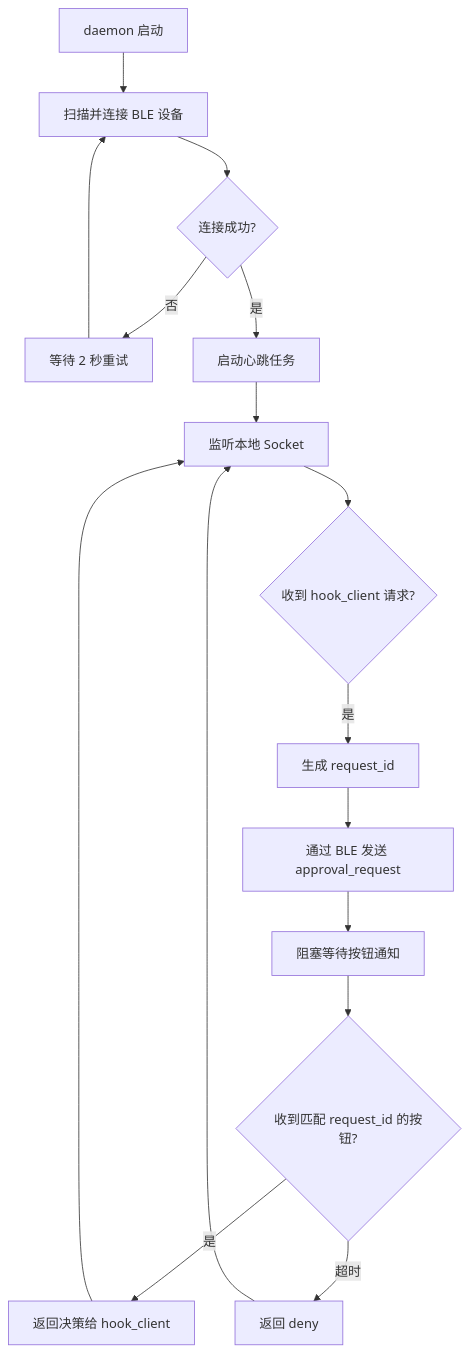
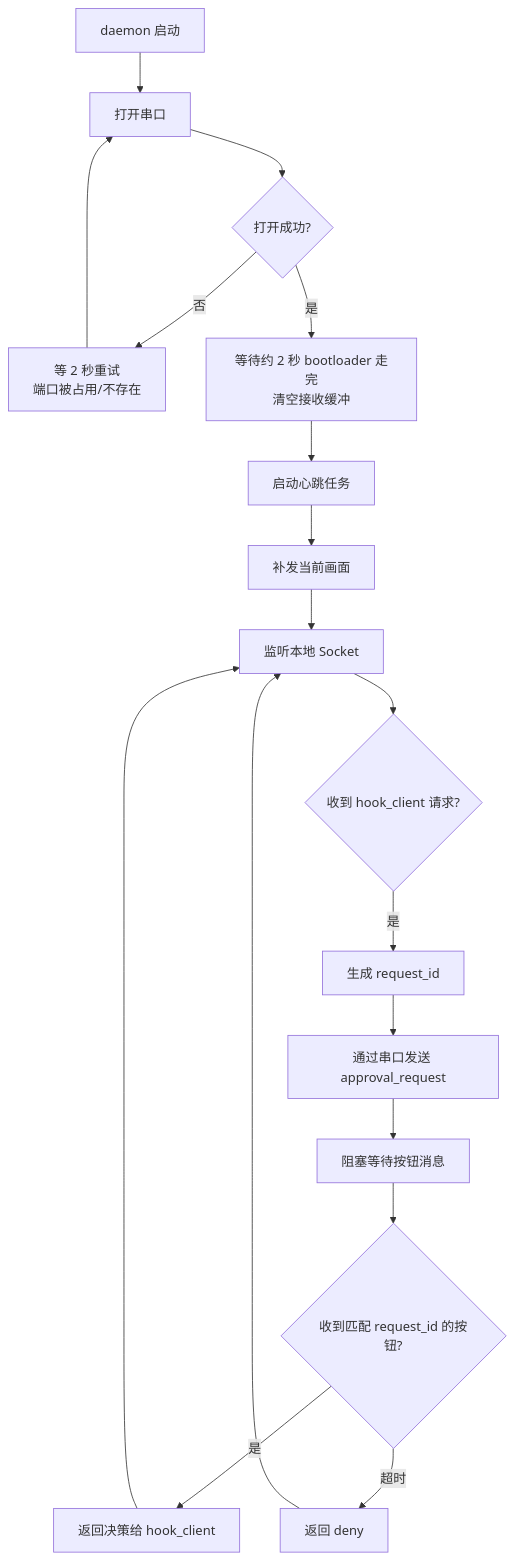
Before and after one commit to zenith8366/myproject: the third of 3 diagrams in vibepet/VibePet —— AI 编程助手物理状态显示与审批终端（USB 有线版）v3.0.md, drawn with Mermaid. The commit also changed other lines of this file and 16 other files, not shown here.

````diff
--- a/vibepet/VibePet —— AI 编程助手物理状态显示与审批终端（USB 有线版）v3.0.md
+++ b/vibepet/VibePet —— AI 编程助手物理状态显示与审批终端（USB 有线版）v3.0.md
@@ -462,18 +514,20 @@
 ```mermaid
 flowchart TD
-    A[daemon 启动] --> B[扫描并连接 BLE 设备]
-    B --> C{连接成功?}
-    C -->|否| D[等待 2 秒重试]
+    A[daemon 启动] --> B[打开串口]
+    B --> C{打开成功?}
+    C -->|否| D[等 2 秒重试<br/>端口被占用/不存在]
     D --> B
-    C -->|是| E[启动心跳任务]
-    E --> F[监听本地 Socket]
-    F --> G{收到 hook_client 请求?}
-    G -->|是| H[生成 request_id]
-    H --> I[通过 BLE 发送 approval_request]
-    I --> J[阻塞等待按钮通知]
-    J --> K{收到匹配 request_id 的按钮?}
-    K -->|是| L[返回决策给 hook_client]
-    K -->|超时| M[返回 deny]
-    L --> F
-    M --> F
+    C -->|是| E[等待约 2 秒 bootloader 走完<br/>清空接收缓冲]
+    E --> F[启动心跳任务]
+    F --> G[补发当前画面]
+    G --> H[监听本地 Socket]
+    H --> I{收到 hook_client 请求?}
+    I -->|是| J[生成 request_id]
+    J --> K[通过串口发送 approval_request]
+    K --> L[阻塞等待按钮消息]
+    L --> M{收到匹配 request_id 的按钮?}
+    M -->|是| N[返回决策给 hook_client]
+    M -->|超时| O[返回 deny]
+    N --> H
+    O --> H
 ```
````
